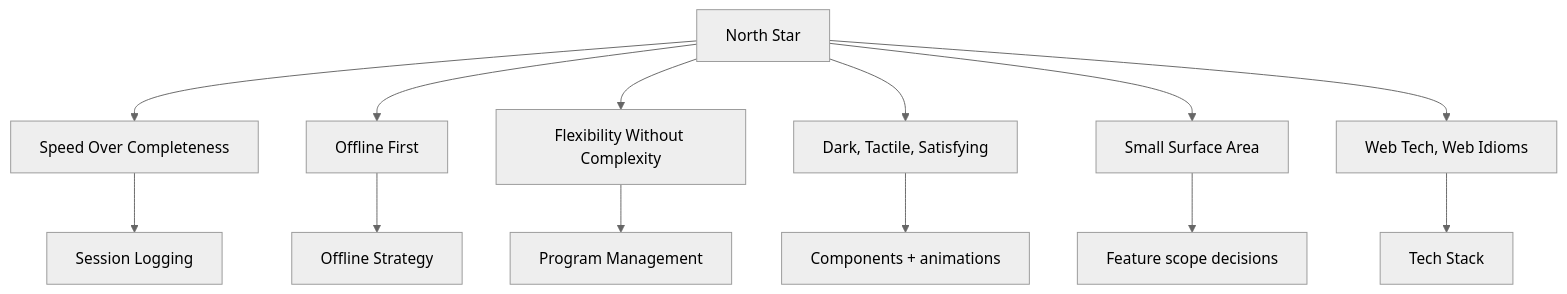
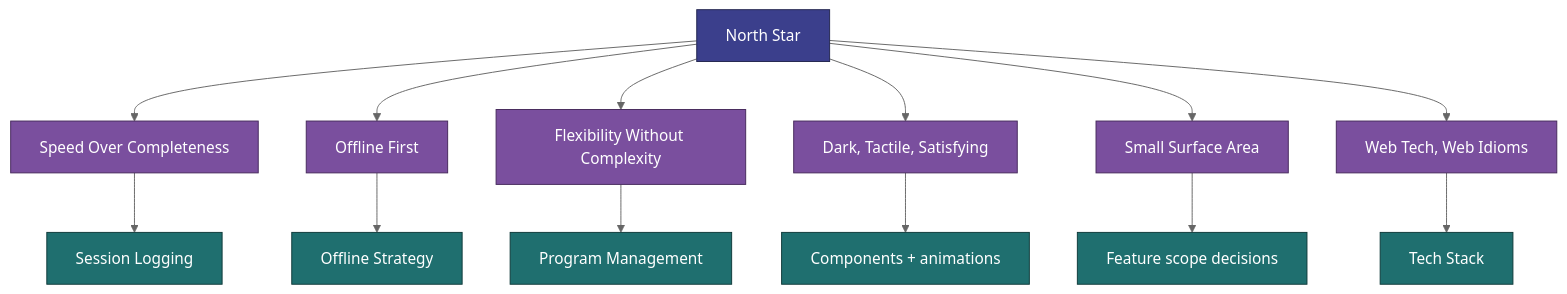
Before and after one commit to jermbo/CosmicWorkOut: the diagram in docs/vision/principles.md, drawn with Mermaid (neutral theme). The commit also changed 132 other files, not shown here.

````diff
--- a/docs/vision/principles.md
+++ b/docs/vision/principles.md
@@ -5,15 +5,22 @@
 ```mermaid
 flowchart TB
     NS[North Star] --> P1[Speed Over Completeness]
     NS --> P2[Offline First]
     NS --> P3[Flexibility Without Complexity]
     NS --> P4[Dark, Tactile, Satisfying]
     NS --> P5[Small Surface Area]
     NS --> P6[Web Tech, Web Idioms]
     P1 --> SL[Session Logging]
     P2 --> OS[Offline Strategy]
     P3 --> PM[Program Management]
     P4 --> UI[Components + animations]
     P5 --> Scope[Feature scope decisions]
     P6 --> TS[Tech Stack]
+
+    classDef root fill:#3b3f8c,stroke:#23264f,color:#ffffff;
+    classDef principle fill:#7a4f9e,stroke:#46295c,color:#ffffff;
+    classDef outcome fill:#1f6f6f,stroke:#0f3a3a,color:#ffffff;
+    class NS root;
+    class P1,P2,P3,P4,P5,P6 principle;
+    class SL,OS,PM,UI,Scope,TS outcome;
 ```
````
